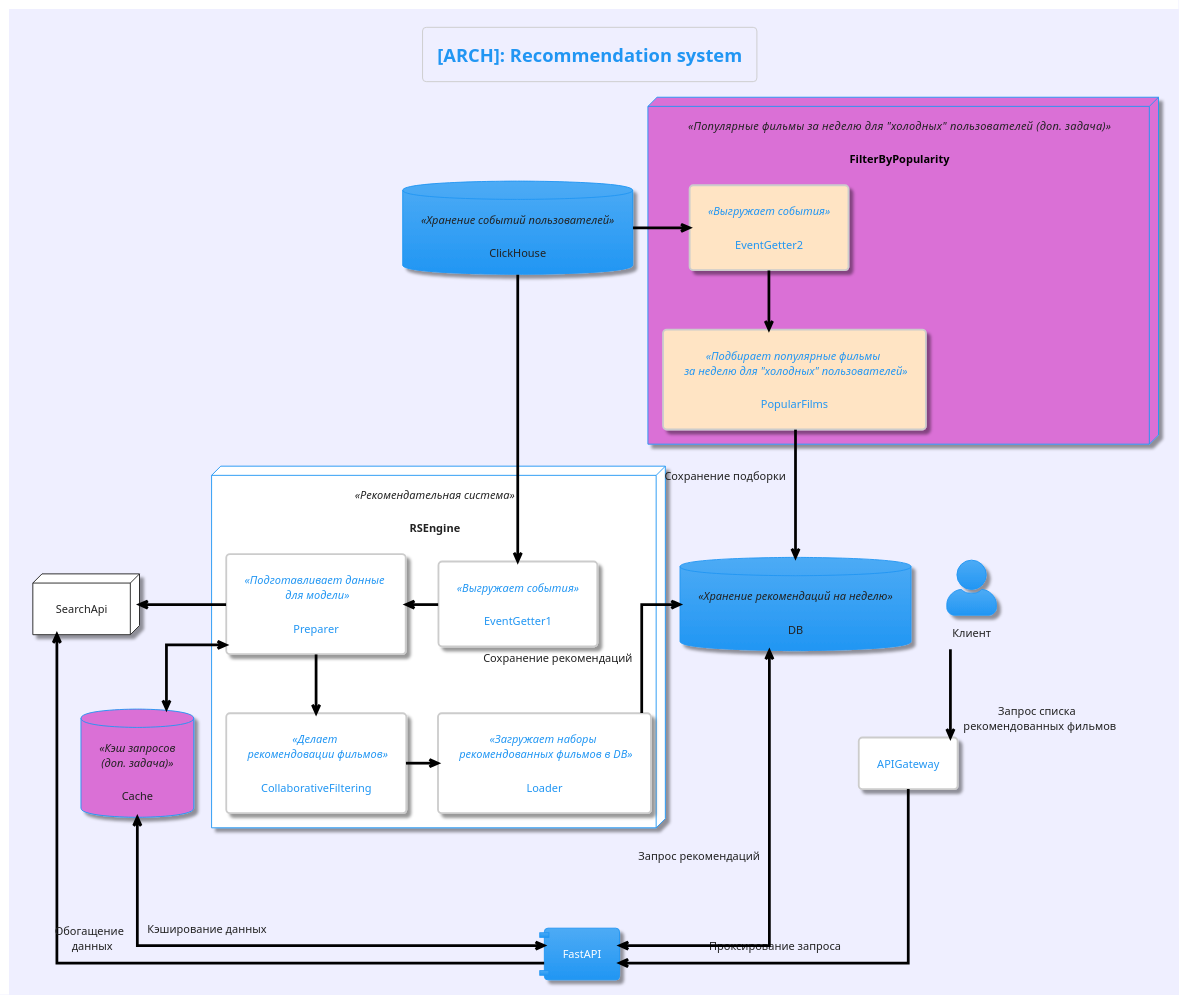
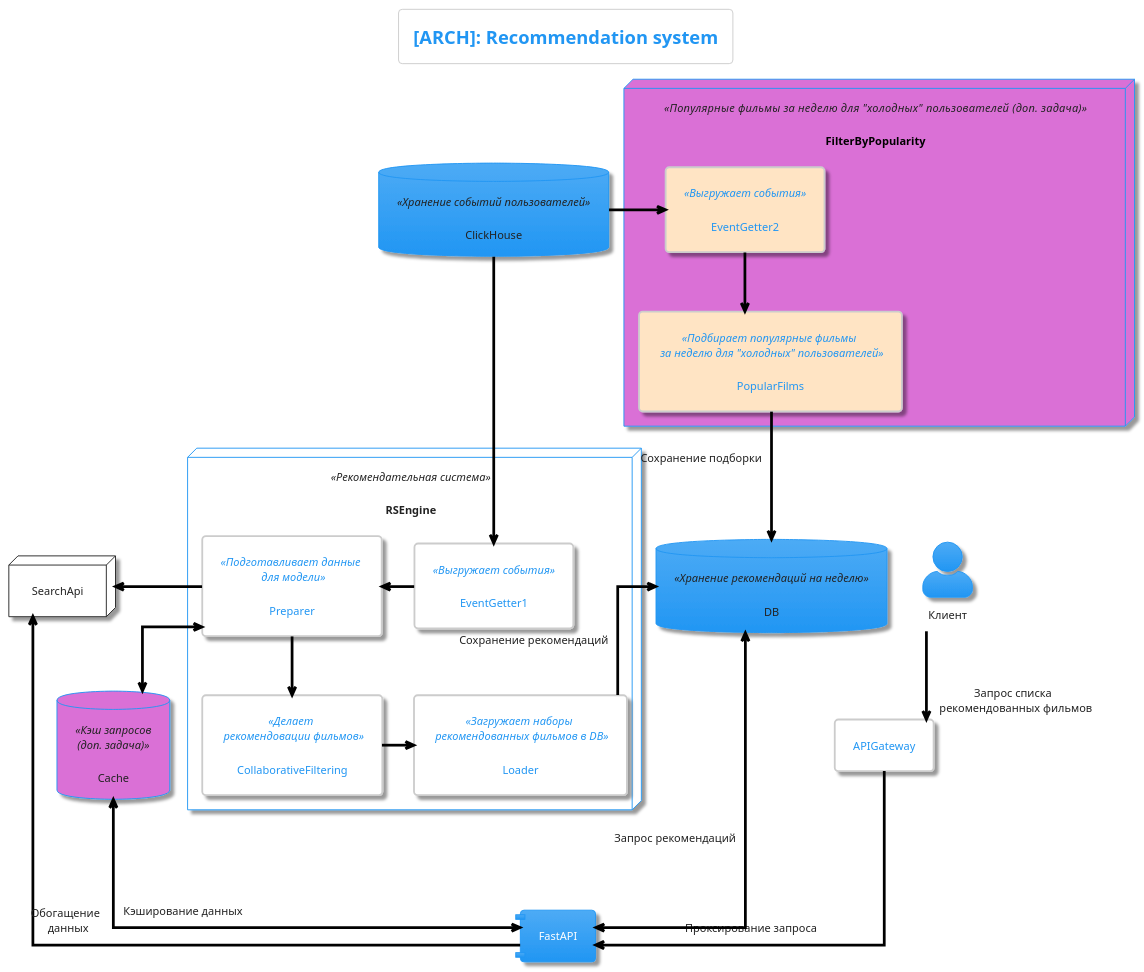
The diagram in architecture/recsys_architecture_v1.puml (CatLecter/RS), drawn with PlantUML before and after one commit. The commit also changed 2 other files, not shown here.

```diff
--- a/architecture/recsys_architecture_v1.puml
+++ b/architecture/recsys_architecture_v1.puml
@@ -1,47 +1,47 @@
 @startuml
 !theme materia
 skinparam componentStyle uml1
-skinparam backgroundColor MOTIVATION
+skinparam backgroundColor White
 skinparam linetype ortho
 skinparam actorStyle awesome
 skinparam defaultTextAlignment center
 skinparam classarrowcolor Black
 skinparam SequenceMessageAlign reverseDirection
 
 title [ARCH]: Recommendation system
 
 rectangle APIGateway
 actor Клиент as Client
 component FastAPI
 database DB <<Хранение рекомендаций на неделю>>
 database Cache <<Кэш запросов\n(доп. задача)>> #orchid
 node SearchApi
 database ClickHouse <<Хранение событий пользователей>>
 node RSEngine <<Рекомендательная система>> {
     rectangle EventGetter1 <<Выгружает события>>
     rectangle Preparer <<Подготавливает данные \n для модели>>
     rectangle Loader <<Загружает наборы \n рекомендованных фильмов в DB>>
     rectangle CollaborativeFiltering <<Делает \n рекомендовации фильмов>>
 }
 node <color:Black>FilterByPopularity</color> <<Популярные фильмы за неделю \
      для "холодных" пользователей (доп. задача)>> #orchid {
     rectangle EventGetter2 <<Выгружает события>> #bisque
     rectangle PopularFilms <<Подбирает популярные фильмы \n за неделю для "холодных" пользователей>> #bisque
 }
 
 Client --> APIGateway: Запрос списка \n рекомендованных фильмов
 APIGateway ---> FastAPI: Проксирование запроса
 FastAPI <-up--> DB: Запрос рекомендаций
 ClickHouse --> EventGetter1
 ClickHouse -right-> EventGetter2
 EventGetter1 -left-> Preparer
 Preparer -down-> CollaborativeFiltering
 Preparer -left-> SearchApi
 Preparer <--> Cache
 CollaborativeFiltering -right-> Loader
 EventGetter2 -down-> PopularFilms
 PopularFilms --> DB: Сохранение подборки
 DB <-- Loader: Сохранение рекомендаций
 FastAPI -up-> SearchApi: Обогащение \n данных
 FastAPI <-up--> Cache: Кэширование данных
 @enduml
```
